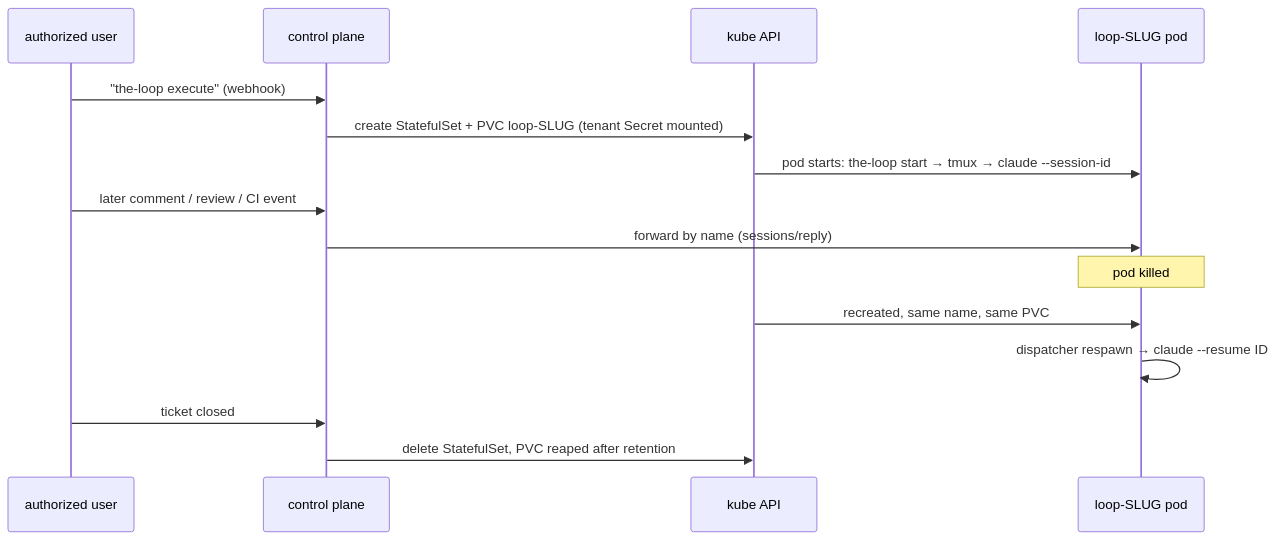
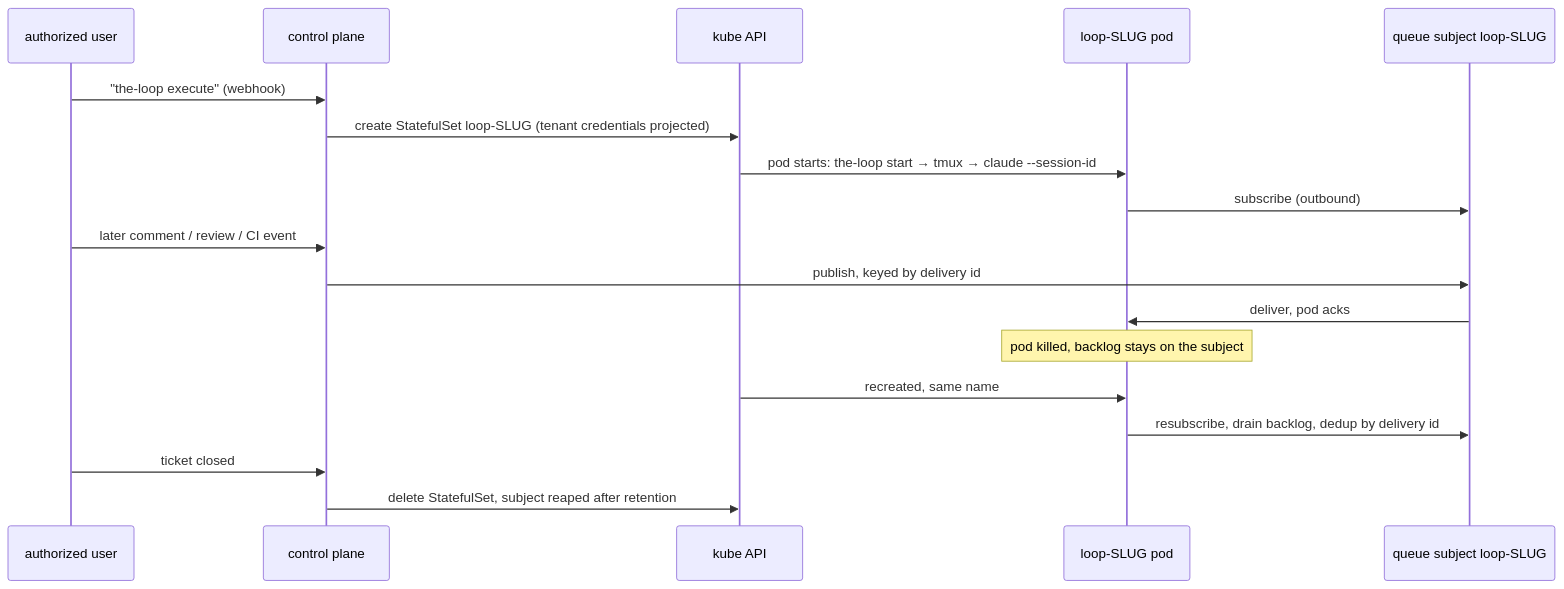
Before and after one commit to MadaraUchiha-314/the-loop: the third of 3 diagrams in docs/specs/issue-492/brainstorm.md, drawn with Mermaid. The commit also changed other lines of this file and 1 other file, not shown here.

````diff
--- a/docs/specs/issue-492/brainstorm.md
+++ b/docs/specs/issue-492/brainstorm.md
@@ -332,17 +386,20 @@
 ```mermaid
 sequenceDiagram
     participant U as authorized user
     participant CP as control plane
     participant K as kube API
     participant P as loop-SLUG pod
     U->>CP: "the-loop execute" (webhook)
-    CP->>K: create StatefulSet + PVC loop-SLUG (tenant Secret mounted)
+    participant Q as queue subject loop-SLUG
+    CP->>K: create StatefulSet loop-SLUG (tenant credentials projected)
     K->>P: pod starts: the-loop start → tmux → claude --session-id
+    P->>Q: subscribe (outbound)
     U->>CP: later comment / review / CI event
-    CP->>P: forward by name (sessions/reply)
-    Note over P: pod killed
-    K->>P: recreated, same name, same PVC
-    P->>P: dispatcher respawn → claude --resume ID
+    CP->>Q: publish, keyed by delivery id
+    Q->>P: deliver, pod acks
+    Note over P: pod killed, backlog stays on the subject
+    K->>P: recreated, same name
+    P->>Q: resubscribe, drain backlog, dedup by delivery id
     U->>CP: ticket closed
-    CP->>K: delete StatefulSet, PVC reaped after retention
+    CP->>K: delete StatefulSet, subject reaped after retention
 ```
````
